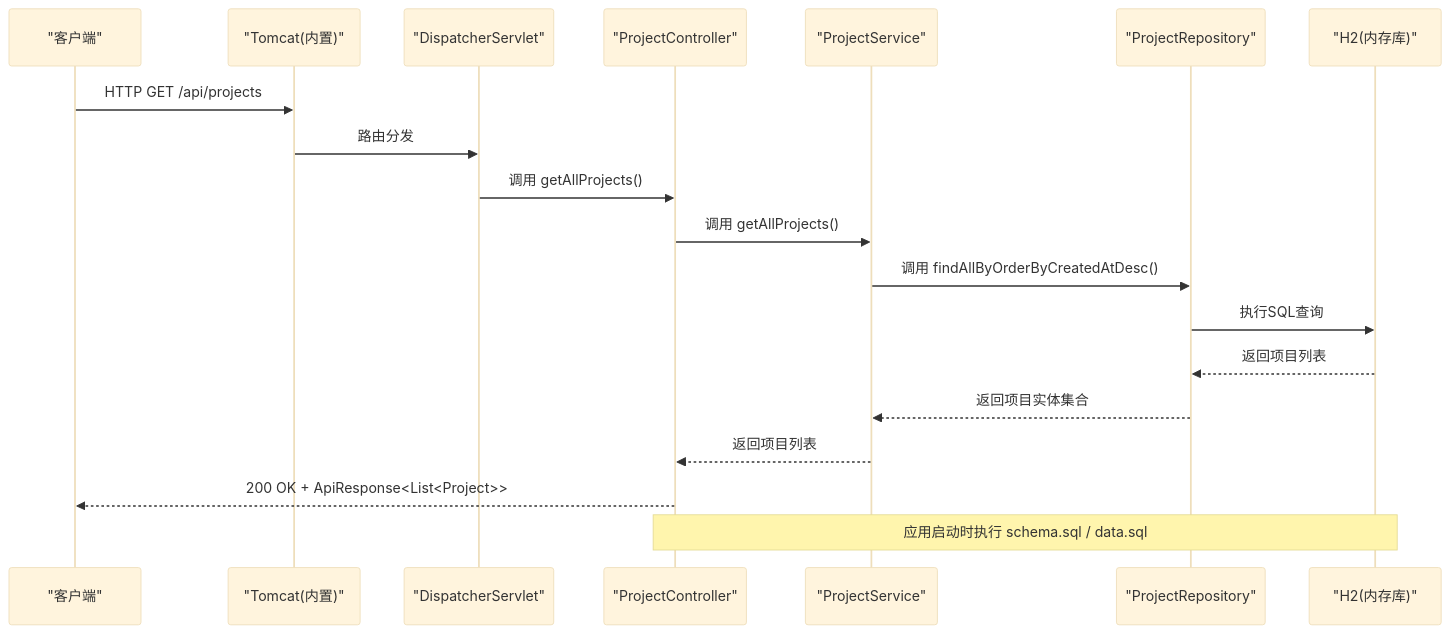
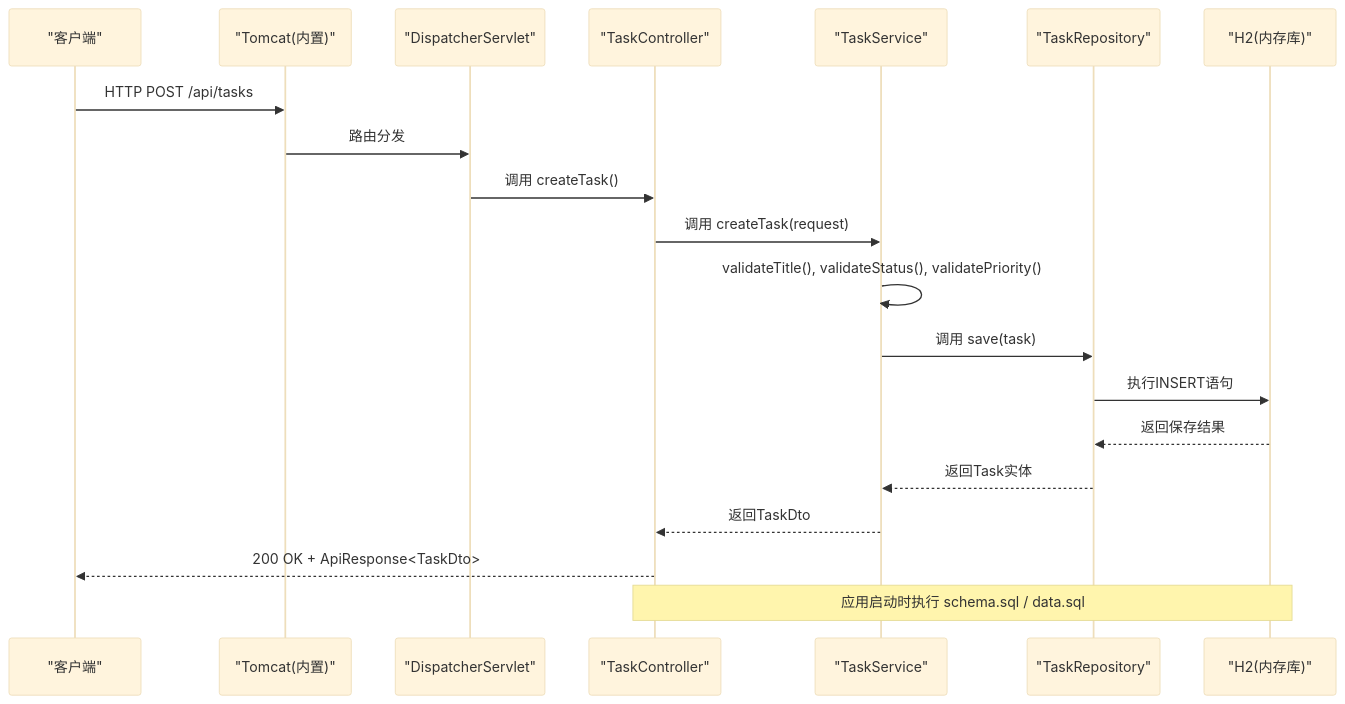
Before and after one commit to zhou9832/test1-qoder: the second of 17 diagrams in .qoder/repowiki/zh/content/后端架构/后端架构.md, drawn with Mermaid (base theme). The commit also changed other lines of this file and 92 other files, not shown here.

````diff
--- a/.qoder/repowiki/zh/content/后端架构/后端架构.md
+++ b/.qoder/repowiki/zh/content/后端架构/后端架构.md
@@ -108,21 +140,22 @@
 ```mermaid
 sequenceDiagram
 participant Client as "客户端"
 participant Tomcat as "Tomcat(内置)"
 participant Dispatcher as "DispatcherServlet"
-participant Controller as "ProjectController"
-participant Service as "ProjectService"
-participant Repository as "ProjectRepository"
+participant Controller as "TaskController"
+participant Service as "TaskService"
+participant Repository as "TaskRepository"
 participant DB as "H2(内存库)"
-Client->>Tomcat : HTTP GET /api/projects
+Client->>Tomcat : HTTP POST /api/tasks
 Tomcat->>Dispatcher : 路由分发
-Dispatcher->>Controller : 调用 getAllProjects()
-Controller->>Service : 调用 getAllProjects()
-Service->>Repository : 调用 findAllByOrderByCreatedAtDesc()
-Repository->>DB : 执行SQL查询
-DB-->>Repository : 返回项目列表
-Repository-->>Service : 返回项目实体集合
-Service-->>Controller : 返回项目列表
-Controller-->>Client : 200 OK + ApiResponse<List<Project>>
+Dispatcher->>Controller : 调用 createTask()
+Controller->>Service : 调用 createTask(request)
+Service->>Service : validateTitle(), validateStatus(), validatePriority()
+Service->>Repository : 调用 save(task)
+Repository->>DB : 执行INSERT语句
+DB-->>Repository : 返回保存结果
+Repository-->>Service : 返回Task实体
+Service-->>Controller : 返回TaskDto
+Controller-->>Client : 200 OK + ApiResponse<TaskDto>
 Note over DB,Controller : 应用启动时执行 schema.sql / data.sql
 ```
````
